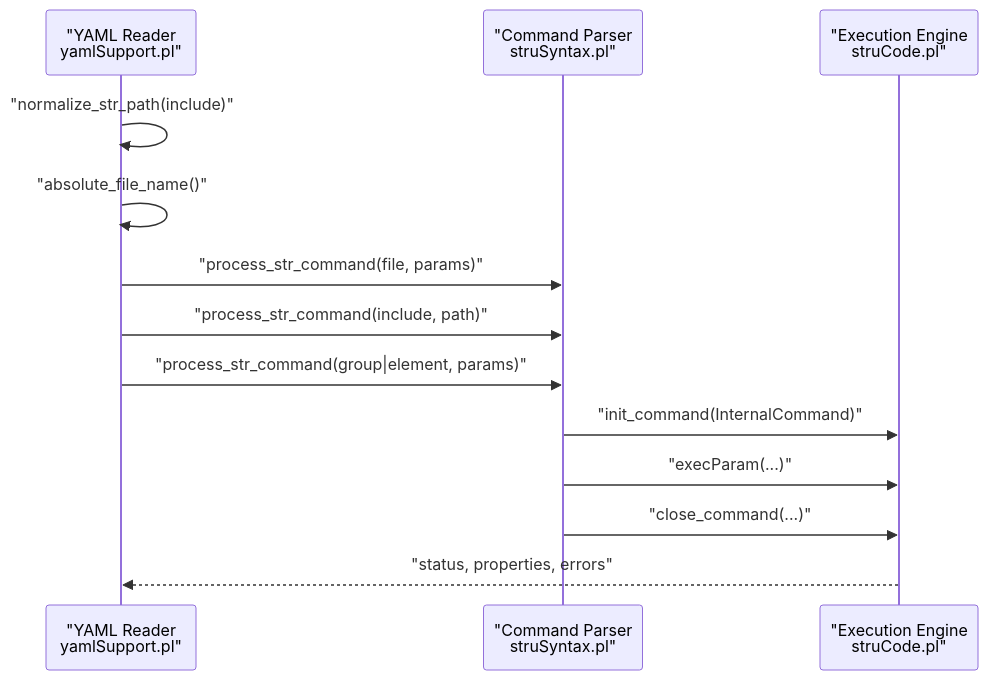
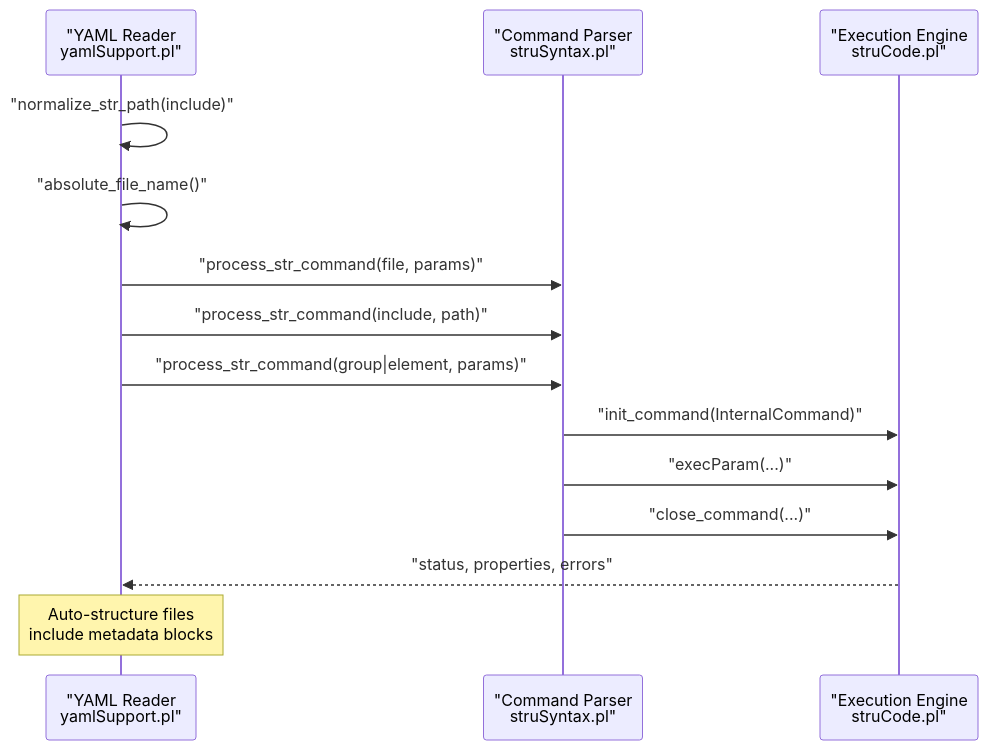
One commit to time-link/timelink-kleio changed the second of 6 diagrams in .qoder/repowiki/en/content/Structure Definition System/Structure File Formats.md. Above: the diagram before and after it, drawn with Mermaid. The commit also changed other lines of this file and 189 other files, not shown here.

````diff
--- a/.qoder/repowiki/en/content/Structure Definition System/Structure File Formats.md
+++ b/.qoder/repowiki/en/content/Structure Definition System/Structure File Formats.md
@@ -101,15 +165,16 @@
 ```mermaid
 sequenceDiagram
 participant YAML as "YAML Reader<br/>yamlSupport.pl"
 participant Parser as "Command Parser<br/>struSyntax.pl"
 participant Engine as "Execution Engine<br/>struCode.pl"
 YAML->>YAML : "normalize_str_path(include)"
 YAML->>YAML : "absolute_file_name()"
 YAML->>Parser : "process_str_command(file, params)"
 YAML->>Parser : "process_str_command(include, path)"
 YAML->>Parser : "process_str_command(group|element, params)"
 Parser->>Engine : "init_command(InternalCommand)"
 Parser->>Engine : "execParam(...)"
 Parser->>Engine : "close_command(...)"
 Engine-->>YAML : "status, properties, errors"
+Note over YAML : Auto-structure files<br/>include metadata blocks
 ```
````
